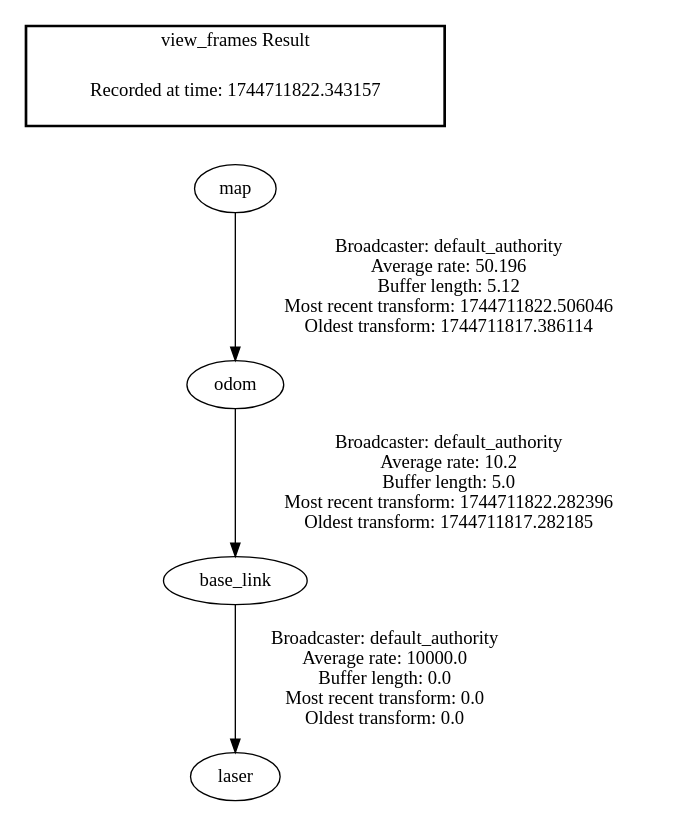
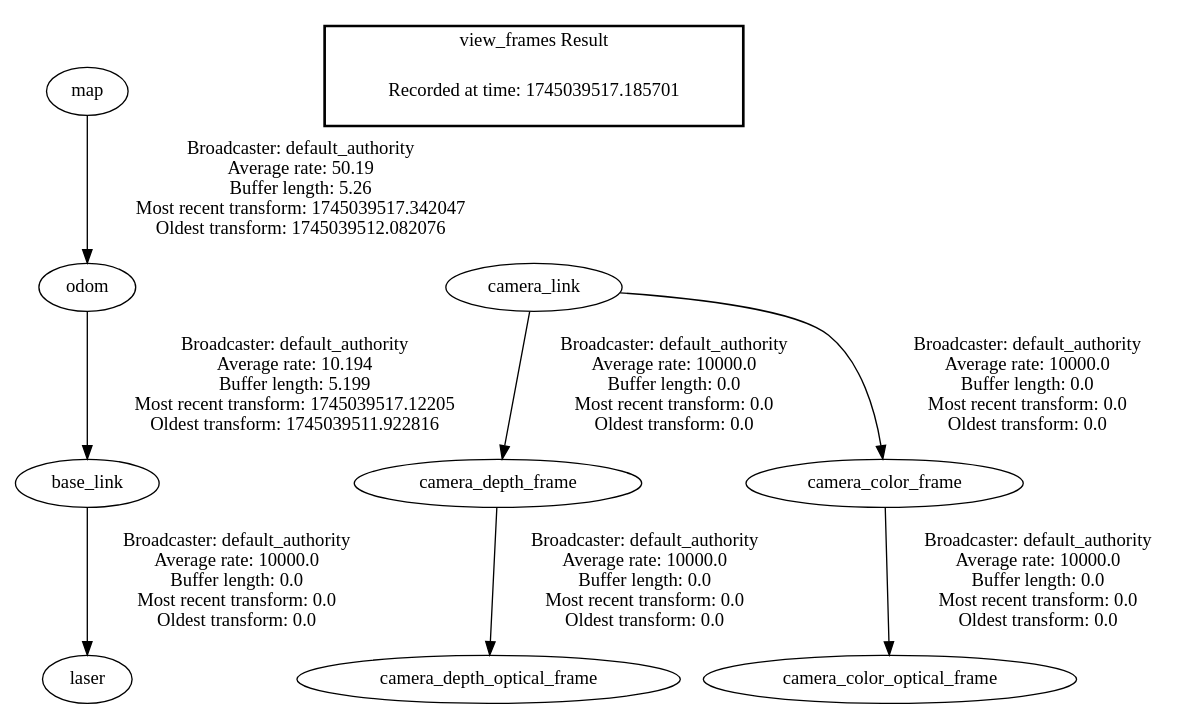
The diagram in frames.gv (maanu-v/LLM_Controlled_Bot), drawn with Graphviz before and after one commit. The commit also changed 8 other files, not shown here.

```diff
--- a/frames.gv
+++ b/frames.gv
@@ -1,9 +1,13 @@
 digraph G {
-"map" -> "odom"[label=" Broadcaster: default_authority\nAverage rate: 50.196\nBuffer length: 5.12\nMost recent transform: 1744711822.506046\nOldest transform: 1744711817.386114\n"];
+"map" -> "odom"[label=" Broadcaster: default_authority\nAverage rate: 50.19\nBuffer length: 5.26\nMost recent transform: 1745039517.342047\nOldest transform: 1745039512.082076\n"];
 "base_link" -> "laser"[label=" Broadcaster: default_authority\nAverage rate: 10000.0\nBuffer length: 0.0\nMost recent transform: 0.0\nOldest transform: 0.0\n"];
-"odom" -> "base_link"[label=" Broadcaster: default_authority\nAverage rate: 10.2\nBuffer length: 5.0\nMost recent transform: 1744711822.282396\nOldest transform: 1744711817.282185\n"];
+"odom" -> "base_link"[label=" Broadcaster: default_authority\nAverage rate: 10.194\nBuffer length: 5.199\nMost recent transform: 1745039517.12205\nOldest transform: 1745039511.922816\n"];
+"camera_link" -> "camera_depth_frame"[label=" Broadcaster: default_authority\nAverage rate: 10000.0\nBuffer length: 0.0\nMost recent transform: 0.0\nOldest transform: 0.0\n"];
+"camera_depth_frame" -> "camera_depth_optical_frame"[label=" Broadcaster: default_authority\nAverage rate: 10000.0\nBuffer length: 0.0\nMost recent transform: 0.0\nOldest transform: 0.0\n"];
+"camera_link" -> "camera_color_frame"[label=" Broadcaster: default_authority\nAverage rate: 10000.0\nBuffer length: 0.0\nMost recent transform: 0.0\nOldest transform: 0.0\n"];
+"camera_color_frame" -> "camera_color_optical_frame"[label=" Broadcaster: default_authority\nAverage rate: 10000.0\nBuffer length: 0.0\nMost recent transform: 0.0\nOldest transform: 0.0\n"];
 edge [style=invis];
  subgraph cluster_legend { style=bold; color=black; label ="view_frames Result";
-"Recorded at time: 1744711822.343157"[ shape=plaintext ] ;
-}->"map";
+"Recorded at time: 1745039517.185701"[ shape=plaintext ] ;
+}->"camera_link";
 }
```
